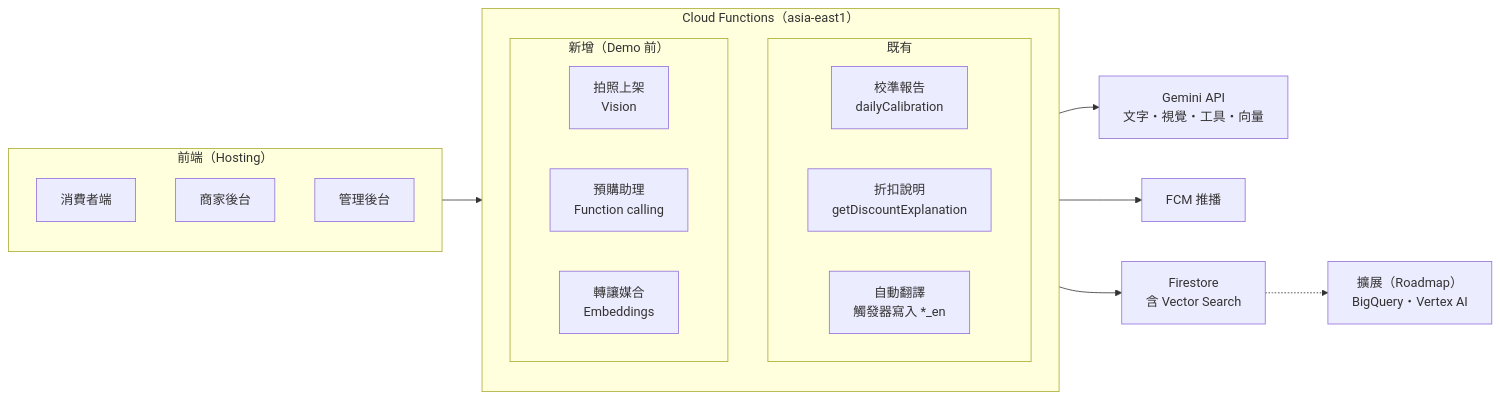
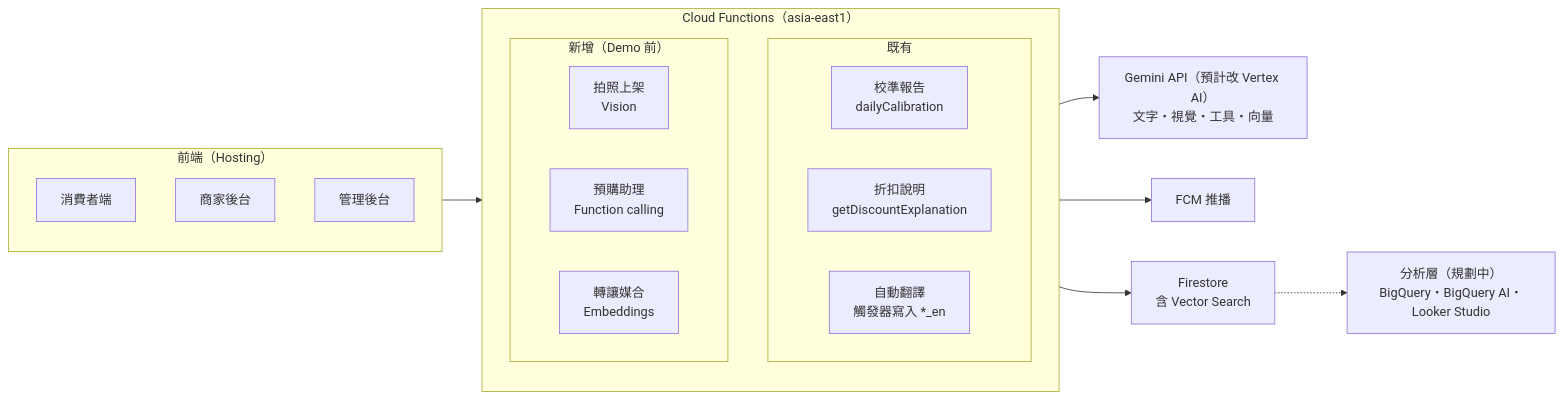
Before and after one commit to Donna12301230/bunnbaa-mvp: the diagram in doc/AI功能設計.md, drawn with Mermaid. The commit also changed other lines of this file and 8 other files, not shown here.

````diff
--- a/doc/AI功能設計.md
+++ b/doc/AI功能設計.md
@@ -87,25 +87,25 @@
 ```mermaid
 flowchart LR
   subgraph FE["前端（Hosting）"]
     C[消費者端]
     V[商家後台]
     A[管理後台]
   end
   subgraph CF["Cloud Functions（asia-east1）"]
     subgraph OLD["既有"]
       F1["校準報告<br/>dailyCalibration"]
       F2["折扣說明<br/>getDiscountExplanation"]
       F3["自動翻譯<br/>觸發器寫入 *_en"]
     end
     subgraph NEW["新增（Demo 前）"]
       N1["拍照上架<br/>Vision"]
       N2["預購助理<br/>Function calling"]
       N3["轉讓媒合<br/>Embeddings"]
     end
   end
   FE --> CF
-  CF --> G["Gemini API<br/>文字・視覺・工具・向量"]
+  CF --> G["Gemini API（預計改 Vertex AI）<br/>文字・視覺・工具・向量"]
   CF --> P[FCM 推播]
   CF --> D["Firestore<br/>含 Vector Search"]
-  D -.-> B["擴展（Roadmap）<br/>BigQuery・Vertex AI"]
+  D -.-> B["分析層（規劃中）<br/>BigQuery・BigQuery AI・Looker Studio"]
 ```
````
